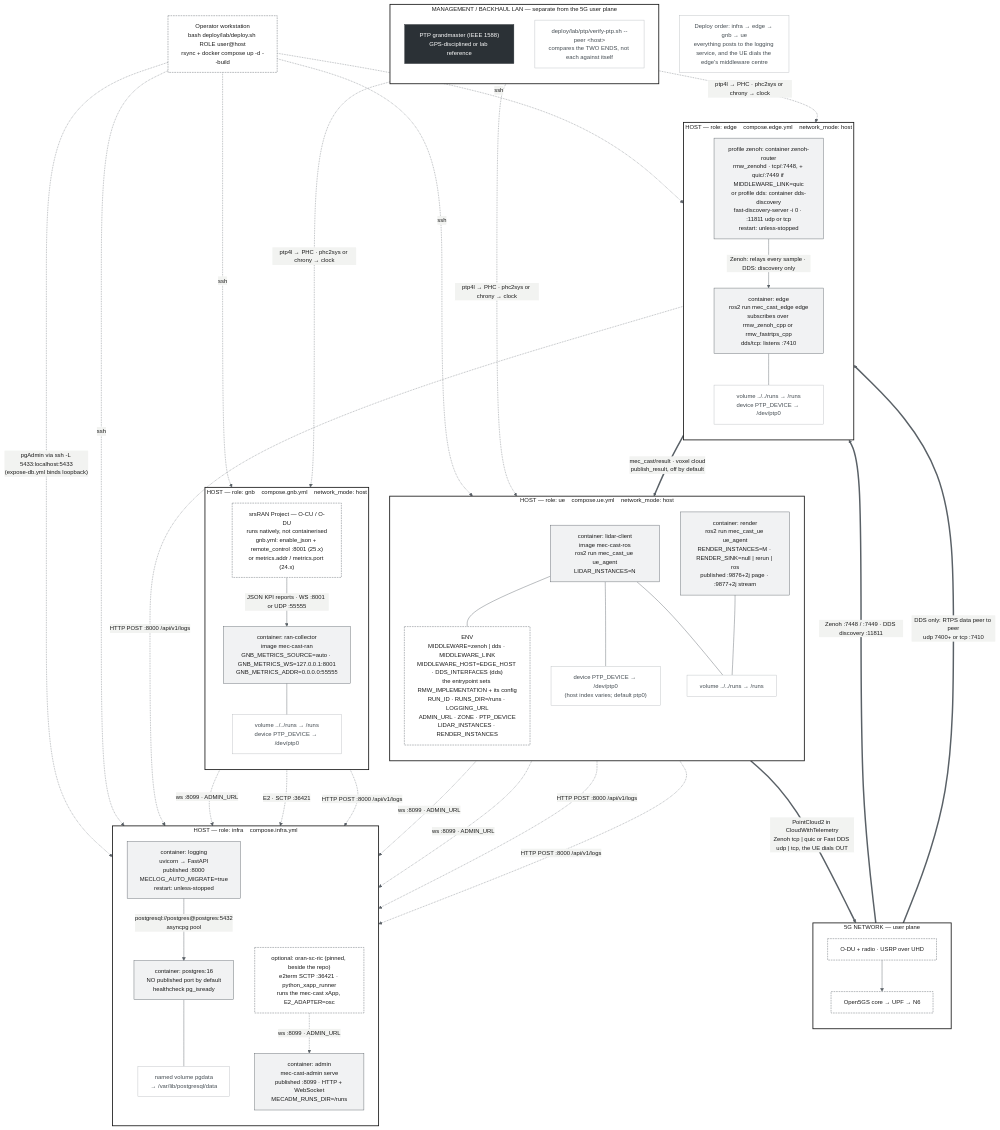
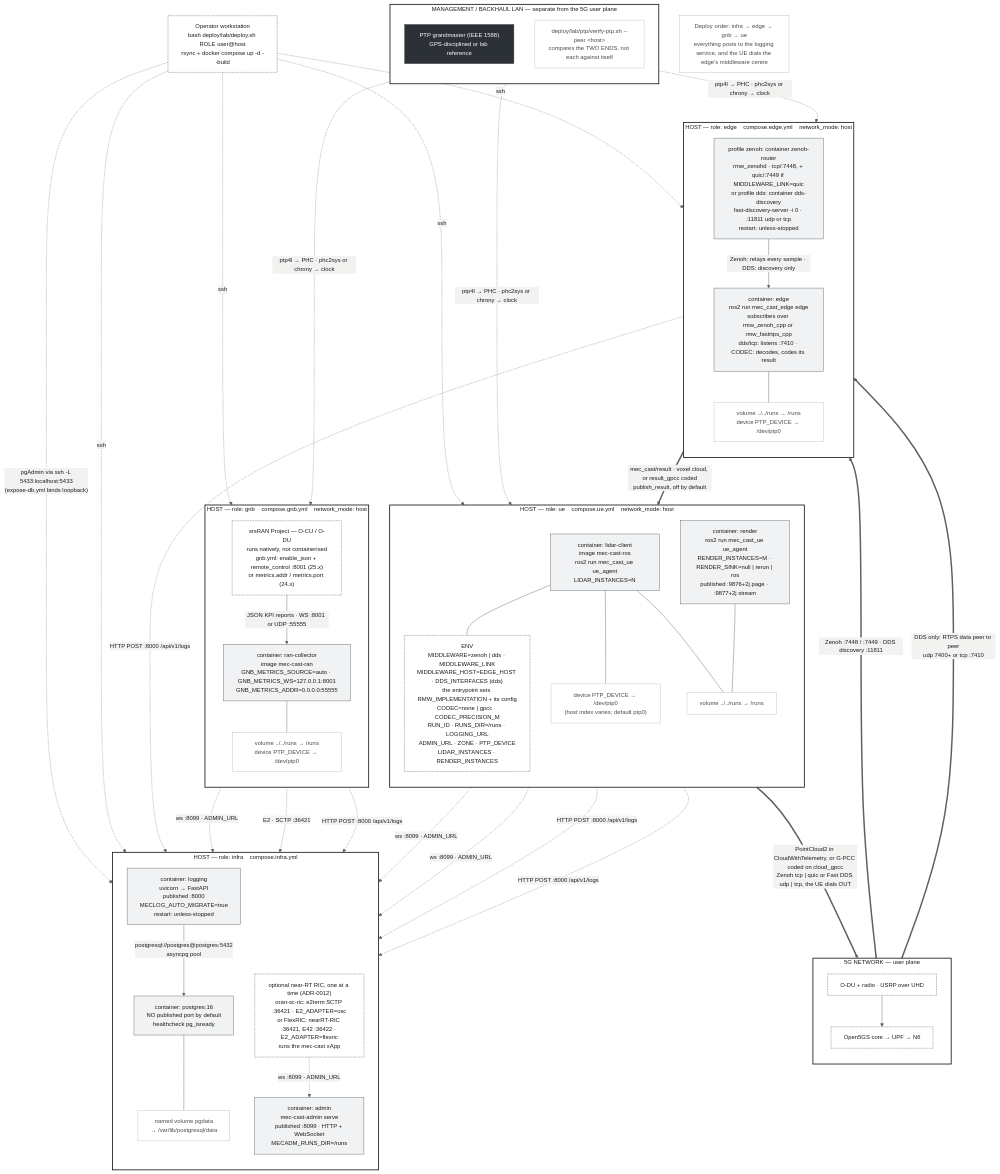
Before and after one commit to morosev/mec-cast: the diagram in docs/diagrams/dataflow-runtime-topology.mmd, drawn with Mermaid. The commit also changed 15 other files, not shown here.

First line of the commit message:
The docs, deck and pictures did not show the point-cloud codec

```diff
--- a/docs/diagrams/dataflow-runtime-topology.mmd
+++ b/docs/diagrams/dataflow-runtime-topology.mmd
@@ -1,103 +1,103 @@
 %% mec-cast — runtime topology of the lab testbed.
 %% Answers: what process runs where, over which port and protocol, with what
 %% configuration and which volumes. Complements the measurement-lifecycle
 %% diagram, which answers where the numbers come from.
 %% Solid edges carry payload or requests. Dashed edges are telemetry.
 %% Dotted edges are clock discipline. Edit, then: bash docs/diagrams/render.sh
 %%{init: {"theme":"base","themeVariables":{
   "background":"#FFFFFF","primaryColor":"#F1F2F3","primaryTextColor":"#1A1A1A",
   "primaryBorderColor":"#5A6167","lineColor":"#5A6167","textColor":"#1A1A1A",
   "clusterBkg":"#FFFFFF","clusterBorder":"#1A1A1A","titleColor":"#1A1A1A","nodeTextColor":"#1A1A1A",
   "fontFamily":"Arial","fontSize":"14px"}} }%%
 flowchart TB
   classDef host fill:#FFFFFF,stroke:#1A1A1A,stroke-width:2px,color:#1A1A1A
   classDef ctr fill:#F1F2F3,stroke:#5A6167,stroke-width:1px,color:#1A1A1A
   classDef ext fill:#FFFFFF,stroke:#5A6167,stroke-dasharray:4 2,color:#1A1A1A
   classDef vol fill:#FFFFFF,stroke:#B9BDC0,color:#444C52
   classDef sync fill:#2B3136,stroke:#2B3136,color:#FFFFFF
 
   subgraph H1["HOST — role: ue &nbsp;&nbsp; compose.ue.yml &nbsp;&nbsp; network_mode: host"]
     direction TB
     UEC["container: lidar-client<br/>image mec-cast-ros<br/>ros2 run mec_cast_ue ue_agent<br/>LIDAR_INSTANCES=N"]:::ctr
-    UEENV["ENV<br/>MIDDLEWARE=zenoh | dds · MIDDLEWARE_LINK<br/>MIDDLEWARE_HOST=EDGE_HOST · DDS_INTERFACES (dds)<br/>the entrypoint sets RMW_IMPLEMENTATION + its config<br/>RUN_ID · RUNS_DIR=/runs · LOGGING_URL<br/>ADMIN_URL · ZONE · PTP_DEVICE<br/>LIDAR_INSTANCES · RENDER_INSTANCES"]:::ext
+    UEENV["ENV<br/>MIDDLEWARE=zenoh | dds · MIDDLEWARE_LINK<br/>MIDDLEWARE_HOST=EDGE_HOST · DDS_INTERFACES (dds)<br/>the entrypoint sets RMW_IMPLEMENTATION + its config<br/>CODEC=none | gpcc · CODEC_PRECISION_M<br/>RUN_ID · RUNS_DIR=/runs · LOGGING_URL<br/>ADMIN_URL · ZONE · PTP_DEVICE<br/>LIDAR_INSTANCES · RENDER_INSTANCES"]:::ext
     UEPTP["device PTP_DEVICE → /dev/ptp0<br/>(host index varies; default ptp0)"]:::vol
     UEVOL["volume ../../runs → /runs"]:::vol
     RENC["container: render<br/>ros2 run mec_cast_ue ue_agent<br/>RENDER_INSTANCES=M · RENDER_SINK=null | rerun | ros<br/>published :9876+2j page · :9877+2j stream"]:::ctr
     UEC --- UEENV
     UEC --- UEPTP
     UEC --- UEVOL
     RENC --- UEVOL
   end
 
   subgraph H2["HOST — role: gnb &nbsp;&nbsp; compose.gnb.yml &nbsp;&nbsp; network_mode: host"]
     direction TB
     SRSRAN["srsRAN Project — O-CU / O-DU<br/>runs natively, not containerised<br/>gnb.yml: enable_json + remote_control :8001 (25.x)<br/>or metrics.addr / metrics.port (24.x)"]:::ext
     RANC["container: ran-collector<br/>image mec-cast-ran<br/>GNB_METRICS_SOURCE=auto · GNB_METRICS_WS=127.0.0.1:8001<br/>GNB_METRICS_ADDR=0.0.0.0:55555"]:::ctr
     RANVOL["volume ../../runs → /runs<br/>device PTP_DEVICE → /dev/ptp0"]:::vol
     SRSRAN -->|"JSON KPI reports · WS :8001 or UDP :55555"| RANC
     RANC --- RANVOL
   end
 
   subgraph H3["HOST — role: edge &nbsp;&nbsp; compose.edge.yml &nbsp;&nbsp; network_mode: host"]
     direction TB
     ZR["profile zenoh: container zenoh-router<br/>rmw_zenohd · tcp/:7448, + quic/:7449 if MIDDLEWARE_LINK=quic<br/>or profile dds: container dds-discovery<br/>fast-discovery-server -i 0 · :11811 udp or tcp<br/>restart: unless-stopped"]:::ctr
-    EDGEC["container: edge<br/>ros2 run mec_cast_edge edge<br/>subscribes over rmw_zenoh_cpp or rmw_fastrtps_cpp<br/>dds/tcp: listens :7410"]:::ctr
+    EDGEC["container: edge<br/>ros2 run mec_cast_edge edge<br/>subscribes over rmw_zenoh_cpp or rmw_fastrtps_cpp<br/>dds/tcp: listens :7410 · CODEC: decodes, codes its result"]:::ctr
     EDGEVOL["volume ../../runs → /runs<br/>device PTP_DEVICE → /dev/ptp0"]:::vol
     ZR -->|"Zenoh: relays every sample · DDS: discovery only"| EDGEC
     EDGEC --- EDGEVOL
   end
 
   subgraph H4["HOST — role: infra &nbsp;&nbsp; compose.infra.yml"]
     direction TB
     LOGC["container: logging<br/>uvicorn → FastAPI<br/>published :8000<br/>MECLOG_AUTO_MIGRATE=true<br/>restart: unless-stopped"]:::ctr
     PGC["container: postgres:16<br/>NO published port by default<br/>healthcheck pg_isready"]:::ctr
     PGVOL["named volume pgdata<br/>→ /var/lib/postgresql/data"]:::vol
     ADMC["container: admin<br/>mec-cast-admin serve<br/>published :8099 · HTTP + WebSocket<br/>MECADM_RUNS_DIR=/runs"]:::ctr
-    RICC["optional: oran-sc-ric (pinned, beside the repo)<br/>e2term SCTP :36421 · python_xapp_runner<br/>runs the mec-cast xApp, E2_ADAPTER=osc"]:::ext
+    RICC["optional near-RT RIC, one at a time (ADR-0012)<br/>oran-sc-ric: e2term SCTP :36421 · E2_ADAPTER=osc<br/>or FlexRIC: nearRT-RIC :36421, E42 :36422 · E2_ADAPTER=flexric<br/>runs the mec-cast xApp"]:::ext
     LOGC -->|"postgresql://postgres@postgres:5432<br/>asyncpg pool"| PGC
     PGC --- PGVOL
   end
 
   UEC -.->|"ws :8099 · ADMIN_URL"| ADMC
   RANC -.->|"ws :8099 · ADMIN_URL"| ADMC
   RICC -.->|"ws :8099 · ADMIN_URL"| ADMC
   SRSRAN -.->|"E2 · SCTP :36421"| RICC
   RENC -.->|"ws :8099 · ADMIN_URL"| ADMC
 
   subgraph NET5G["5G NETWORK — user plane"]
     direction TB
     RAN["O-DU + radio · USRP over UHD"]:::ext
     UPF["Open5GS core → UPF → N6"]:::ext
     RAN --> UPF
   end
 
-  UEC ==>|"PointCloud2 in CloudWithTelemetry<br/>Zenoh tcp | quic or Fast DDS udp | tcp, the UE dials OUT"| RAN
+  UEC ==>|"PointCloud2 in CloudWithTelemetry, or G-PCC coded on cloud_gpcc<br/>Zenoh tcp | quic or Fast DDS udp | tcp, the UE dials OUT"| RAN
   UPF ==>|"Zenoh :7448 / :7449 · DDS discovery :11811"| ZR
   UPF ==>|"DDS only: RTPS data peer to peer<br/>udp 7400+ or tcp :7410"| EDGEC
 
-  EDGEC ==>|"mec_cast/result · voxel cloud<br/>publish_result, off by default"| RENC
+  EDGEC ==>|"mec_cast/result · voxel cloud, or result_gpcc coded<br/>publish_result, off by default"| RENC
   UEC -.->|"HTTP POST :8000 /api/v1/logs"| LOGC
   RENC -.->|"HTTP POST :8000 /api/v1/logs"| LOGC
   EDGEC -.->|"HTTP POST :8000 /api/v1/logs"| LOGC
   RANC -.->|"HTTP POST :8000 /api/v1/logs"| LOGC
 
   subgraph MGMT["MANAGEMENT / BACKHAUL LAN — separate from the 5G user plane"]
     direction TB
     GM["PTP grandmaster (IEEE 1588)<br/>GPS-disciplined or lab reference"]:::sync
     VERIFY["deploy/lab/ptp/verify-ptp.sh --peer &lt;host&gt;<br/>compares the TWO ENDS, not each against itself"]:::vol
   end
 
   GM -.->|"ptp4l → PHC · phc2sys or chrony → clock"| H1
   GM -.->|"ptp4l → PHC · phc2sys or chrony → clock"| H2
   GM -.->|"ptp4l → PHC · phc2sys or chrony → clock"| H3
 
   OPS["Operator workstation<br/>bash deploy/lab/deploy.sh ROLE user@host<br/>rsync + docker compose up -d --build"]:::ext
   OPS -.->|"ssh"| H1
   OPS -.->|"ssh"| H2
   OPS -.->|"ssh"| H3
   OPS -.->|"ssh"| H4
   OPS -.->|"pgAdmin via ssh -L 5433:localhost:5433<br/>(expose-db.yml binds loopback)"| PGC
 
   ORDER["Deploy order: infra → edge → gnb → ue<br/>everything posts to the logging service, and the UE dials the edge's middleware centre"]:::vol
 
   class H1,H2,H3,H4,NET5G,MGMT host
```
